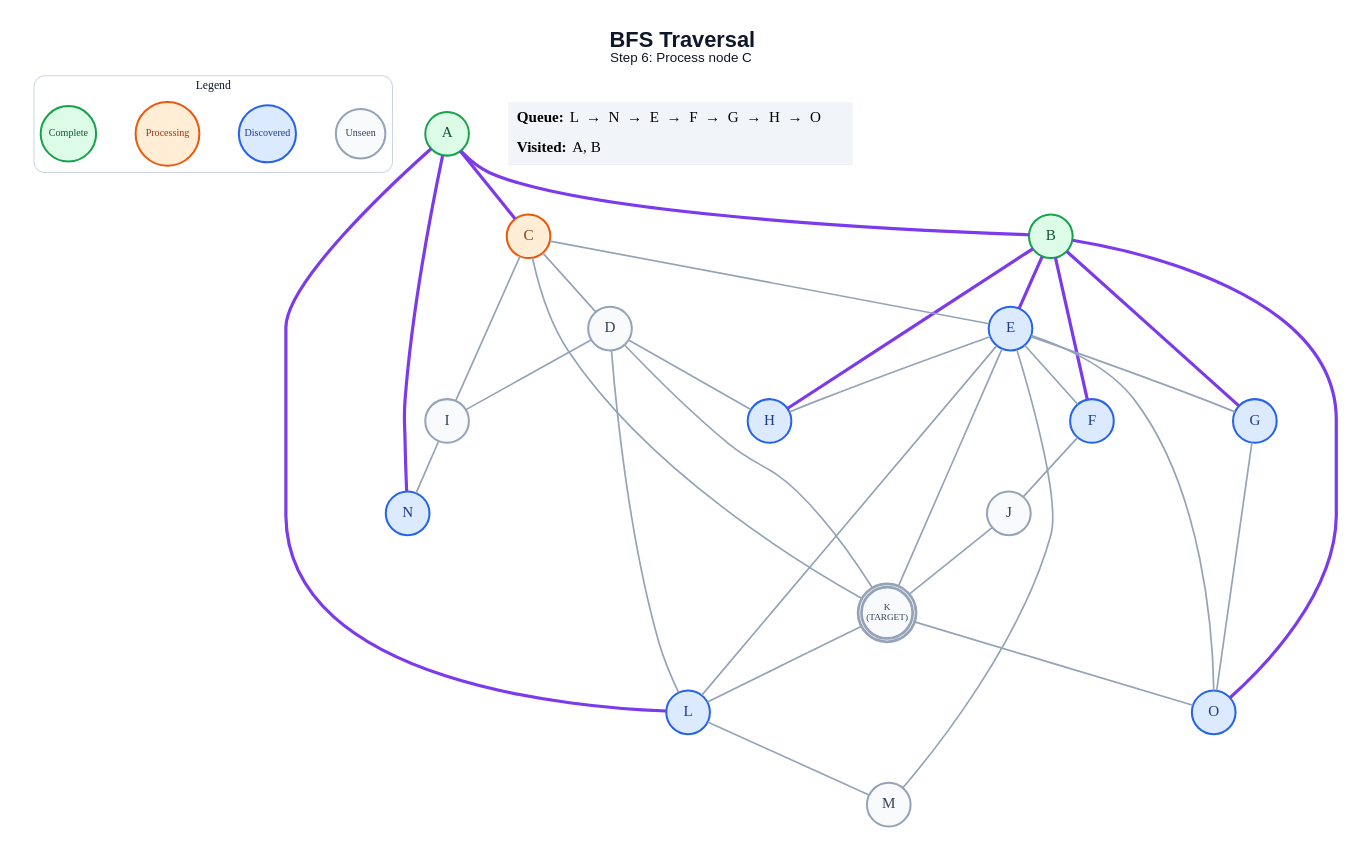
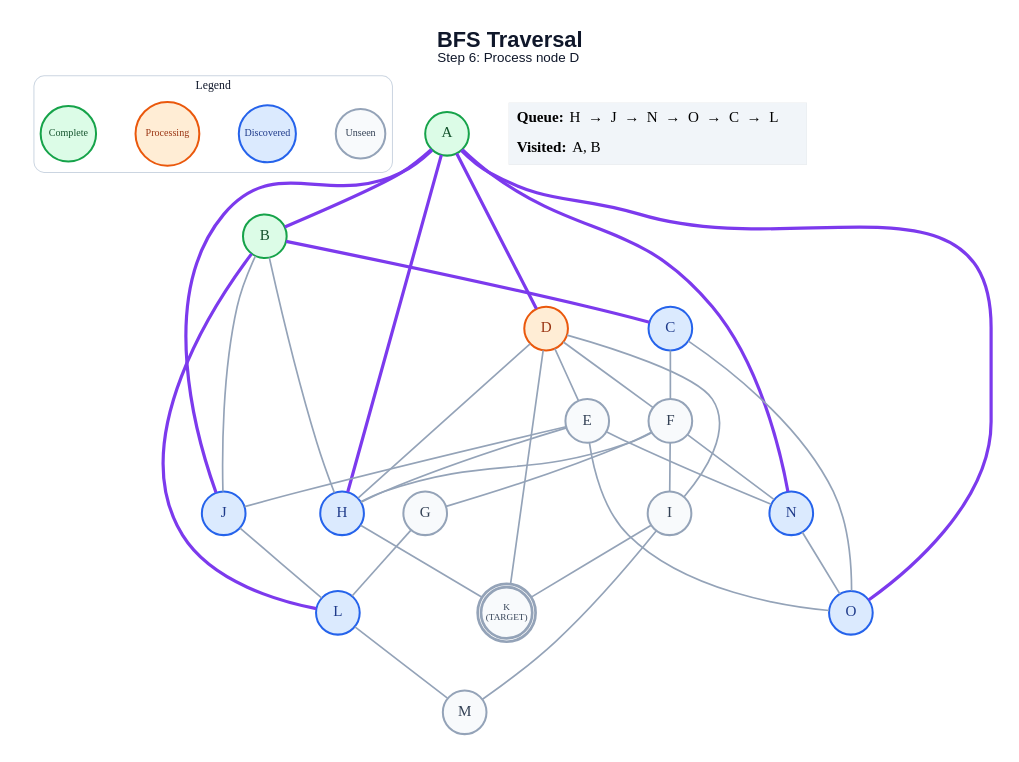
One commit to anon7238593-create/ai-slop changed the diagram in generated/specific-node/bfs/step_06.dot. Above: the diagram before and after it, drawn with Graphviz. The commit also changed 235 other files, not shown here.

```diff
--- a/generated/specific-node/bfs/step_06.dot
+++ b/generated/specific-node/bfs/step_06.dot
@@ -1,65 +1,66 @@
 graph traversal {
   graph [layout=dot, rankdir=TB, bgcolor="#FFFFFF", pad="0.35", nodesep="0.65", ranksep="0.8", fontname="Arial"];
   node [shape=circle, style="filled", fontname="Arial Bold", fontsize=18, width=0.72, fixedsize=true, penwidth=2.4];
   edge [color="#94A3B8", penwidth=2.0];
-  label=<<B>BFS Traversal</B><BR/><FONT POINT-SIZE="16">Step 6: Process node C</FONT>>; labelloc="t"; fontsize=26; fontname="Arial"; fontcolor="#0F172A";
+  label=<<B>BFS Traversal</B><BR/><FONT POINT-SIZE="16">Step 6: Process node D</FONT>>; labelloc="t"; fontsize=26; fontname="Arial"; fontcolor="#0F172A";
   subgraph cluster_legend { label="Legend"; color="#CBD5E1"; penwidth=1.2; style="rounded"; fontsize=14; fontname="Arial Bold";
     key_unseen [label="Unseen", fillcolor="#F8FAFC", color="#94A3B8", fontcolor="#334155", fontsize=12, width=0.82];
     key_frontier [label="Discovered", fillcolor="#DBEAFE", color="#2563EB", fontcolor="#1E3A8A", fontsize=12, width=0.95];
     key_current [label="Processing", fillcolor="#FFEDD5", color="#EA580C", fontcolor="#9A3412", fontsize=12, width=1.05];
     key_done [label="Complete", fillcolor="#DCFCE7", color="#16A34A", fontcolor="#14532D", fontsize=12, width=0.92];
     { rank=same; key_unseen; key_frontier; key_current; key_done; }
   }
   A [label="A", fillcolor="#DCFCE7", color="#16A34A", fontcolor="#14532D", peripheries=1, penwidth=2.4];
   B [label="B", fillcolor="#DCFCE7", color="#16A34A", fontcolor="#14532D", peripheries=1, penwidth=2.4];
-  C [label="C", fillcolor="#FFEDD5", color="#EA580C", fontcolor="#9A3412", peripheries=1, penwidth=2.4];
-  D [label="D", fillcolor="#F8FAFC", color="#94A3B8", fontcolor="#334155", peripheries=1, penwidth=2.4];
-  E [label="E", fillcolor="#DBEAFE", color="#2563EB", fontcolor="#1E3A8A", peripheries=1, penwidth=2.4];
-  F [label="F", fillcolor="#DBEAFE", color="#2563EB", fontcolor="#1E3A8A", peripheries=1, penwidth=2.4];
-  G [label="G", fillcolor="#DBEAFE", color="#2563EB", fontcolor="#1E3A8A", peripheries=1, penwidth=2.4];
+  C [label="C", fillcolor="#DBEAFE", color="#2563EB", fontcolor="#1E3A8A", peripheries=1, penwidth=2.4];
+  D [label="D", fillcolor="#FFEDD5", color="#EA580C", fontcolor="#9A3412", peripheries=1, penwidth=2.4];
+  E [label="E", fillcolor="#F8FAFC", color="#94A3B8", fontcolor="#334155", peripheries=1, penwidth=2.4];
+  F [label="F", fillcolor="#F8FAFC", color="#94A3B8", fontcolor="#334155", peripheries=1, penwidth=2.4];
+  G [label="G", fillcolor="#F8FAFC", color="#94A3B8", fontcolor="#334155", peripheries=1, penwidth=2.4];
   H [label="H", fillcolor="#DBEAFE", color="#2563EB", fontcolor="#1E3A8A", peripheries=1, penwidth=2.4];
   I [label="I", fillcolor="#F8FAFC", color="#94A3B8", fontcolor="#334155", peripheries=1, penwidth=2.4];
-  J [label="J", fillcolor="#F8FAFC", color="#94A3B8", fontcolor="#334155", peripheries=1, penwidth=2.4];
+  J [label="J", fillcolor="#DBEAFE", color="#2563EB", fontcolor="#1E3A8A", peripheries=1, penwidth=2.4];
   K [label="K\n(TARGET)", fillcolor="#F8FAFC", color="#94A3B8", fontcolor="#334155", peripheries=2, penwidth=3.2, fontsize=11, width=0.85, height=0.85];
   L [label="L", fillcolor="#DBEAFE", color="#2563EB", fontcolor="#1E3A8A", peripheries=1, penwidth=2.4];
   M [label="M", fillcolor="#F8FAFC", color="#94A3B8", fontcolor="#334155", peripheries=1, penwidth=2.4];
   N [label="N", fillcolor="#DBEAFE", color="#2563EB", fontcolor="#1E3A8A", peripheries=1, penwidth=2.4];
   O [label="O", fillcolor="#DBEAFE", color="#2563EB", fontcolor="#1E3A8A", peripheries=1, penwidth=2.4];
   A -- B [color="#7C3AED", penwidth=3.8];
-  A -- C [color="#7C3AED", penwidth=3.8];
-  A -- L [color="#7C3AED", penwidth=3.8];
+  A -- D [color="#7C3AED", penwidth=3.8];
+  A -- H [color="#7C3AED", penwidth=3.8];
+  A -- J [color="#7C3AED", penwidth=3.8];
   A -- N [color="#7C3AED", penwidth=3.8];
-  B -- E [color="#7C3AED", penwidth=3.8];
-  B -- F [color="#7C3AED", penwidth=3.8];
-  B -- G [color="#7C3AED", penwidth=3.8];
-  B -- H [color="#7C3AED", penwidth=3.8];
-  B -- O [color="#7C3AED", penwidth=3.8];
-  C -- D;
-  C -- E;
-  C -- I;
-  C -- K;
+  A -- O [color="#7C3AED", penwidth=3.8];
+  B -- C [color="#7C3AED", penwidth=3.8];
+  B -- H;
+  B -- J;
+  B -- L [color="#7C3AED", penwidth=3.8];
+  C -- F;
+  C -- O;
+  D -- E;
+  D -- F;
   D -- H;
   D -- I;
   D -- K;
-  D -- L;
-  E -- F;
-  E -- G;
   E -- H;
-  E -- K;
-  E -- L;
-  E -- M;
+  E -- J;
+  E -- N;
   E -- O;
-  F -- J;
-  G -- O;
-  I -- N;
-  J -- K;
-  K -- L;
-  K -- O;
+  F -- G;
+  F -- H;
+  F -- I;
+  F -- N;
+  G -- L;
+  H -- K;
+  I -- K;
+  I -- M;
+  J -- L;
   L -- M;
+  N -- O;
   status [shape=plain, fixedsize=false, width=0, height=0, margin=0, label=<
     <TABLE BORDER="0" CELLBORDER="0" CELLPADDING="7" BGCOLOR="#F1F5F9">
-      <TR><TD ALIGN="LEFT"><B>Queue:</B> L  →  N  →  E  →  F  →  G  →  H  →  O</TD></TR>
+      <TR><TD ALIGN="LEFT"><B>Queue:</B> H  →  J  →  N  →  O  →  C  →  L</TD></TR>
       <TR><TD ALIGN="LEFT"><B>Visited:</B> A, B</TD></TR>
     </TABLE>
   >];
 }
```
